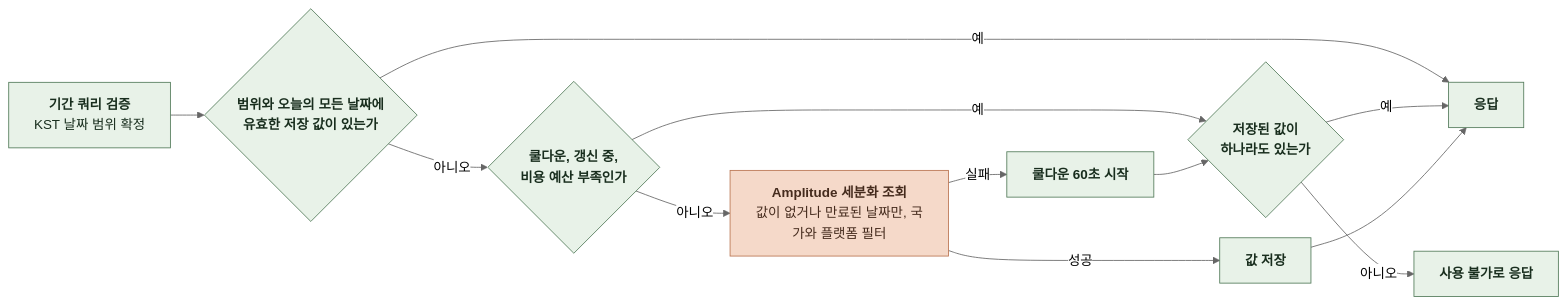
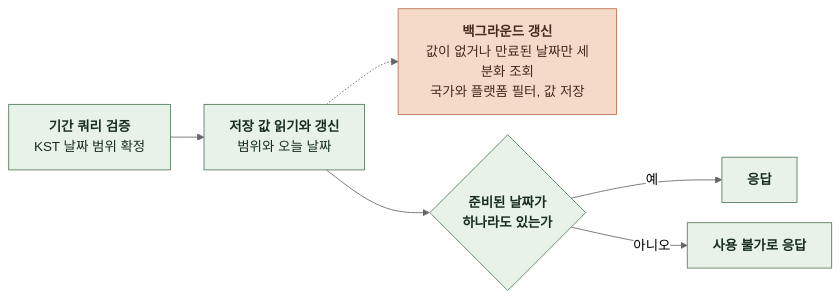
Before and after one commit to KIM-N-KANG/knk-harness: diagram 13 of 19 in docs/domain/ADMIN/BACKEND/4-1-PIPELINES.md, drawn with Mermaid (neutral theme). The commit also changed other lines of this file and 9 other files, not shown here.

````diff
--- a/docs/domain/ADMIN/BACKEND/4-1-PIPELINES.md
+++ b/docs/domain/ADMIN/BACKEND/4-1-PIPELINES.md
@@ -384,24 +384,18 @@
 ```mermaid
 %%{init: {"flowchart": {"curve": "basis", "nodeSpacing": 24, "rankSpacing": 40}}}%%
 flowchart LR
     A["`**기간 쿼리 검증**
-KST 날짜 범위 확정`"] --> B{"`**범위와 오늘의 모든 날짜에
-유효한 저장 값이 있는가**`"}
-    B -->|예| E["`**응답**`"]
-    B -->|아니오| F{"`**쿨다운, 갱신 중,
-비용 예산 부족인가**`"}
-    F -->|예| G{"`**저장된 값이
+KST 날짜 범위 확정`"] --> B["`**저장 값 읽기와 갱신**
+범위와 오늘 날짜`"]
+    B -.-> C["`**백그라운드 갱신**
+값이 없거나 만료된 날짜만 세분화 조회
+국가와 플랫폼 필터, 값 저장`"]
+    B --> G{"`**준비된 날짜가
 하나라도 있는가**`"}
-    G -->|예| E
+    G -->|예| E["`**응답**`"]
     G -->|아니오| X["`**사용 불가로 응답**`"]
-    F -->|아니오| C["`**Amplitude 세분화 조회**
-값이 없거나 만료된 날짜만, 국가와 플랫폼 필터`"]
-    C -->|성공| D["`**값 저장**`"]
-    D --> E
-    C -->|실패| H["`**쿨다운 60초 시작**`"]
-    H --> G
     classDef comp fill:#E8F2E8,stroke:#527A59,color:#182D1D
     classDef task fill:#F5D9C9,stroke:#B97450,color:#452B1D
-    class A,B,D,E,F,G,H,X comp
+    class A,B,E,G,X comp
     class C task
 ```
````
